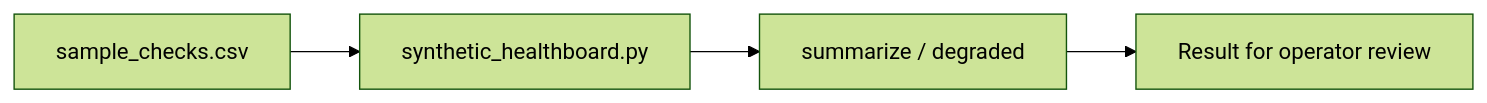
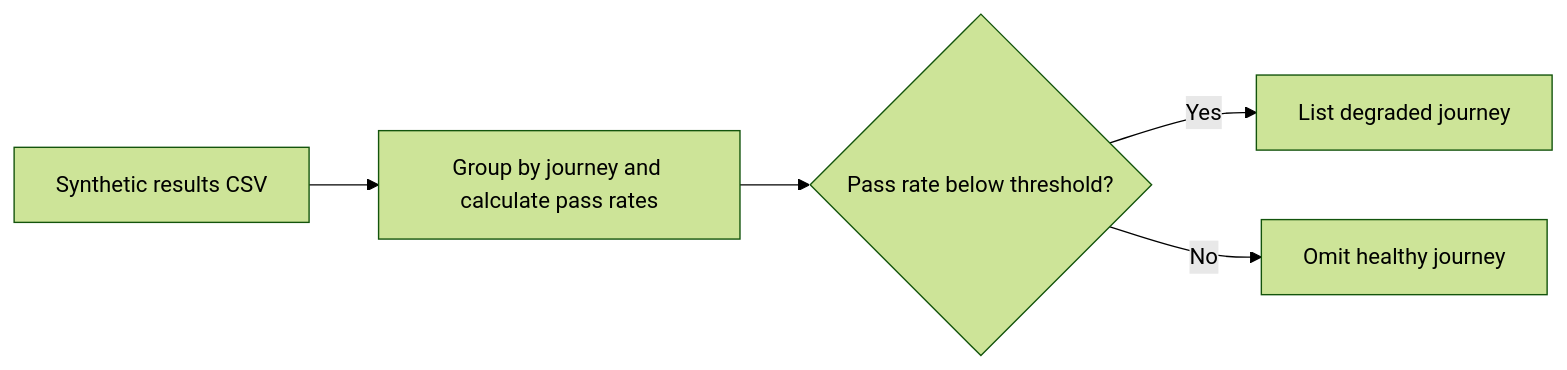
The diagram in docs/ARCHITECTURE.md (Klokesh493/synthetic-check-healthboard), drawn with Mermaid (forest theme) before and after one commit. The commit also changed 1 other file, not shown here.

Commit message:
Show the project decision flow in its README

````diff
--- a/docs/ARCHITECTURE.md
+++ b/docs/ARCHITECTURE.md
@@ -5,8 +5,11 @@
 ```mermaid
 flowchart LR
-    N0["sample_checks.csv"]
-    N1["synthetic_healthboard.py"]
-    N2["summarize / degraded"]
-    N3["Result for operator review"]
-    N0 --> N1 --> N2 --> N3
+    A["Synthetic results CSV"]
+    B["Group by journey and calculate pass rates"]
+    C{"Pass rate below threshold?"}
+    D["List degraded journey"]
+    E["Omit healthy journey"]
+    A --> B --> C
+    C -->|Yes| D
+    C -->|No| E
 ```
````
